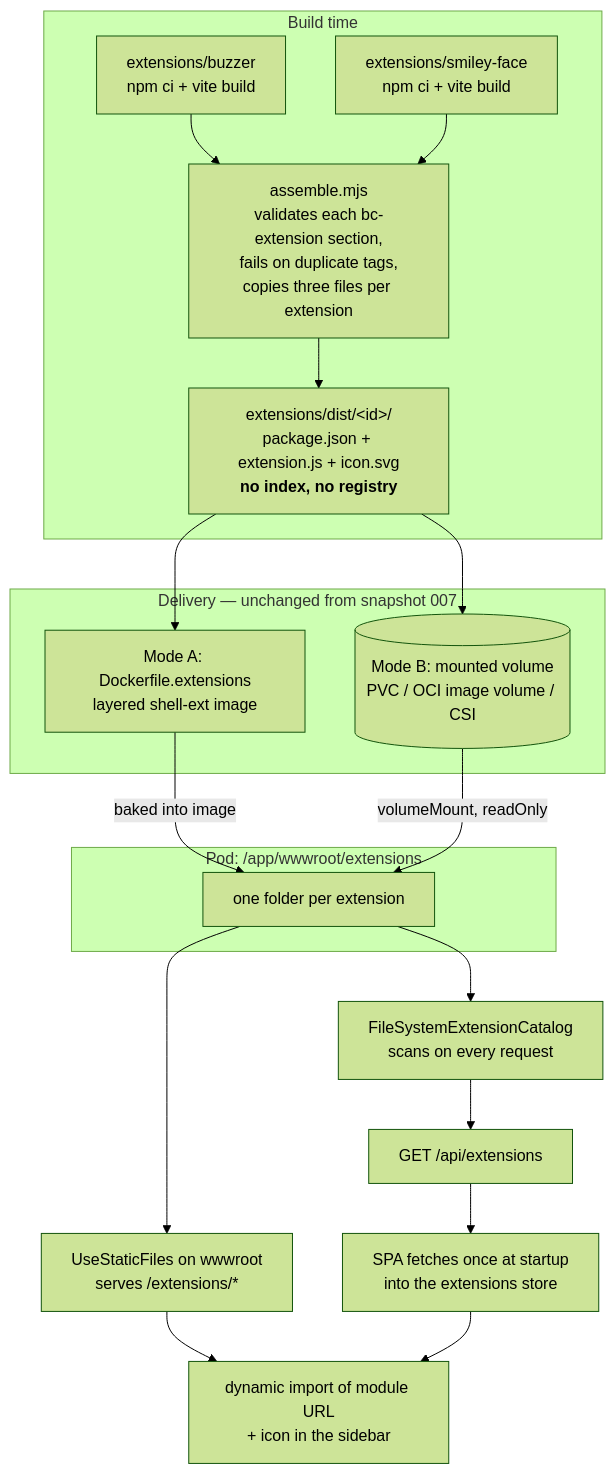
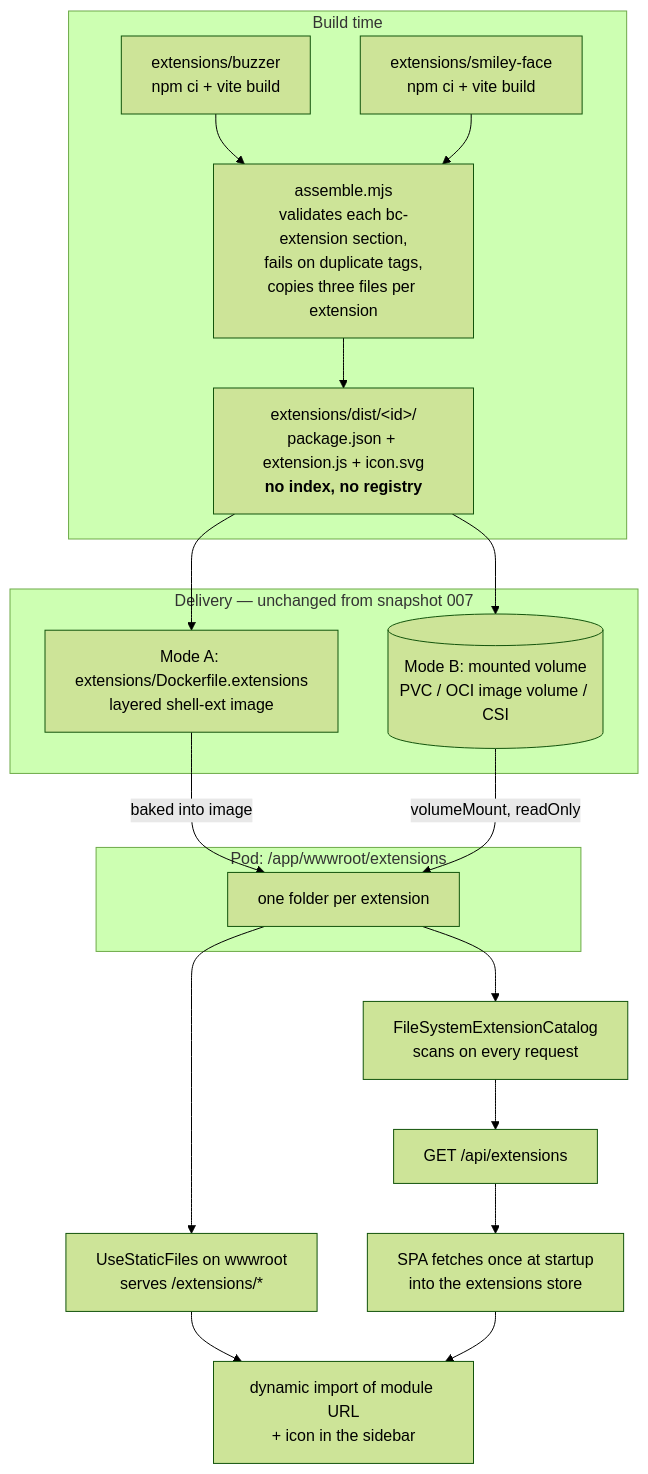
The first of 2 diagrams in docs/architecture/008-backend-extension-discovery.md (hbeaster/extension-shell), drawn with Mermaid (forest theme) before and after one commit. The commit also changed 12 other files, not shown here.

````diff
--- a/docs/architecture/008-backend-extension-discovery.md
+++ b/docs/architecture/008-backend-extension-discovery.md
@@ -35,35 +35,35 @@
 ```mermaid
 flowchart TB
     subgraph build [Build time]
         BA[extensions/buzzer<br/>npm ci + vite build]
         SA[extensions/smiley-face<br/>npm ci + vite build]
         AS["assemble.mjs<br/>validates each bc-extension section,<br/>fails on duplicate tags,<br/>copies three files per extension"]
         ED["extensions/dist/&lt;id&gt;/<br/>package.json + extension.js + icon.svg<br/><b>no index, no registry</b>"]
         BA --> AS
         SA --> AS
         AS --> ED
     end
 
     subgraph delivery [Delivery — unchanged from snapshot 007]
-        LI[Mode A: Dockerfile.extensions<br/>layered shell-ext image]
+        LI["Mode A: extensions/Dockerfile.extensions<br/>layered shell-ext image"]
         VOL[(Mode B: mounted volume<br/>PVC / OCI image volume / CSI)]
     end
 
     ED --> LI
     ED --> VOL
 
     subgraph pod ["Pod: /app/wwwroot/extensions"]
         WE["one folder per extension"]
     end
 
     LI -->|baked into image| WE
     VOL -->|volumeMount, readOnly| WE
 
     WE --> CAT[FileSystemExtensionCatalog<br/>scans on every request]
     WE --> SF[UseStaticFiles on wwwroot<br/>serves /extensions/*]
 
     CAT --> EP["GET /api/extensions"]
     EP --> SPA[SPA fetches once at startup<br/>into the extensions store]
     SF --> IMP["dynamic import of module URL<br/>+ icon in the sidebar"]
     SPA --> IMP
 ```
````
